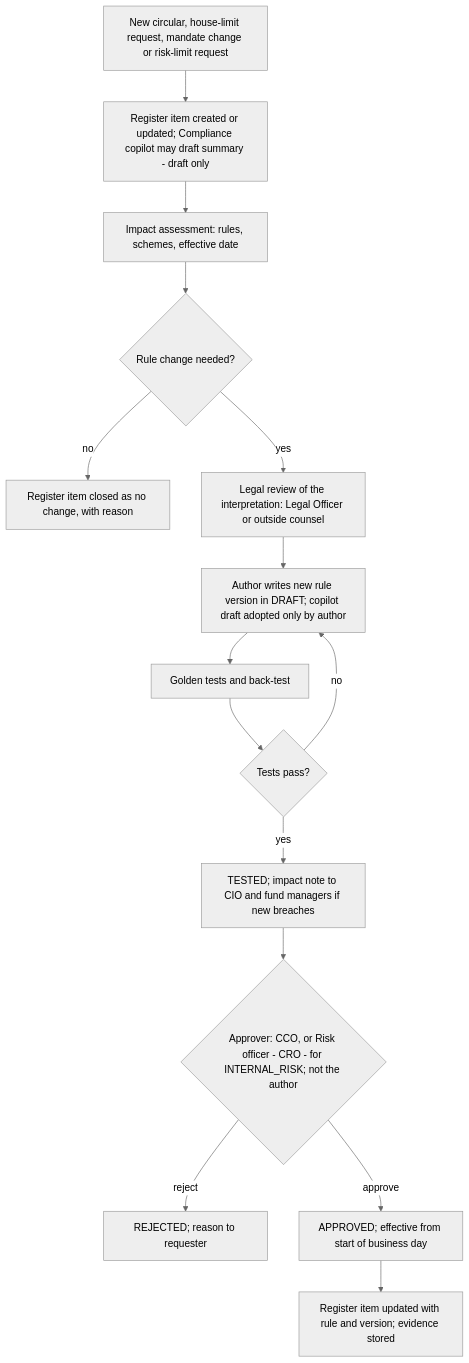
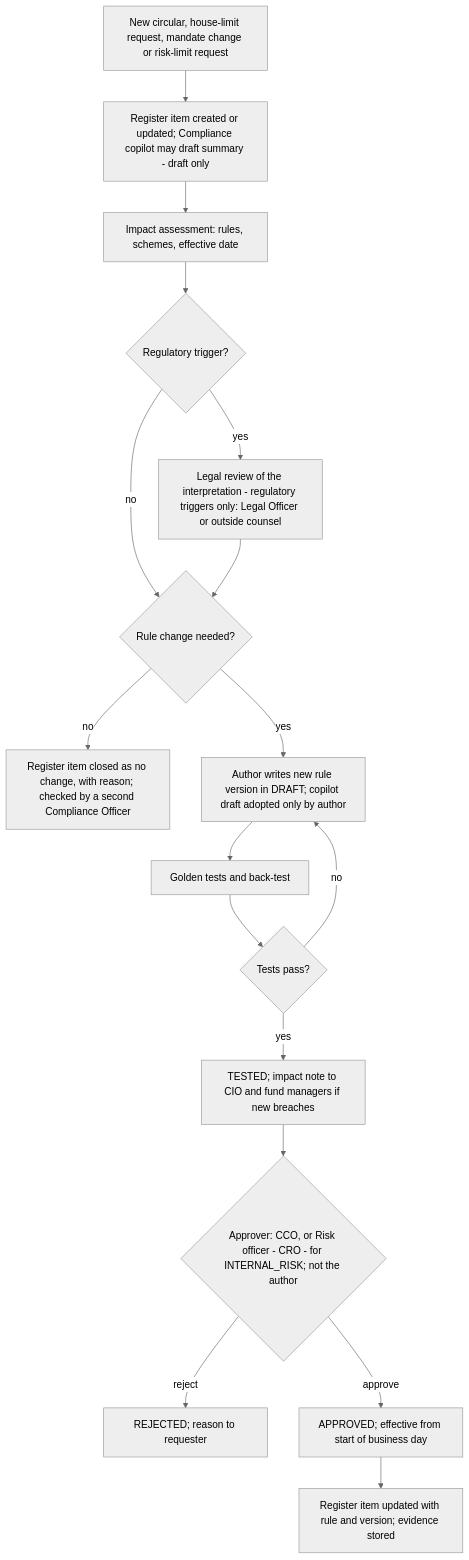
The third of 3 diagrams in docs/03_product_requirements/PRD-008_compliance_management.md (suchitdubey7/AMC-OS), drawn with Mermaid (neutral theme) before and after one commit. The commit also changed other lines of this file and 5 other files, not shown here.

````diff
--- a/docs/03_product_requirements/PRD-008_compliance_management.md
+++ b/docs/03_product_requirements/PRD-008_compliance_management.md
@@ -176,17 +176,19 @@
 ```mermaid
 flowchart TD
   A[New circular, house-limit request, mandate change or risk-limit request] --> B[Register item created or updated; Compliance copilot may draft summary - draft only]
   B --> C[Impact assessment: rules, schemes, effective date]
-  C --> D{Rule change needed?}
-  D -- no --> E[Register item closed as no change, with reason]
-  D -- yes --> LR[Legal review of the interpretation: Legal Officer or outside counsel]
-  LR --> F[Author writes new rule version in DRAFT; copilot draft adopted only by author]
+  C --> R{Regulatory trigger?}
+  R -- yes --> LR[Legal review of the interpretation - regulatory triggers only: Legal Officer or outside counsel]
+  R -- no --> D
+  LR --> D{Rule change needed?}
+  D -- no --> E[Register item closed as no change, with reason; checked by a second Compliance Officer]
+  D -- yes --> F[Author writes new rule version in DRAFT; copilot draft adopted only by author]
   F --> G[Golden tests and back-test]
   G --> H{Tests pass?}
   H -- no --> F
   H -- yes --> I[TESTED; impact note to CIO and fund managers if new breaches]
   I --> J{Approver: CCO, or Risk officer - CRO - for INTERNAL_RISK; not the author}
   J -- reject --> K[REJECTED; reason to requester]
   J -- approve --> L[APPROVED; effective from start of business day]
   L --> M[Register item updated with rule and version; evidence stored]
 ```
````
